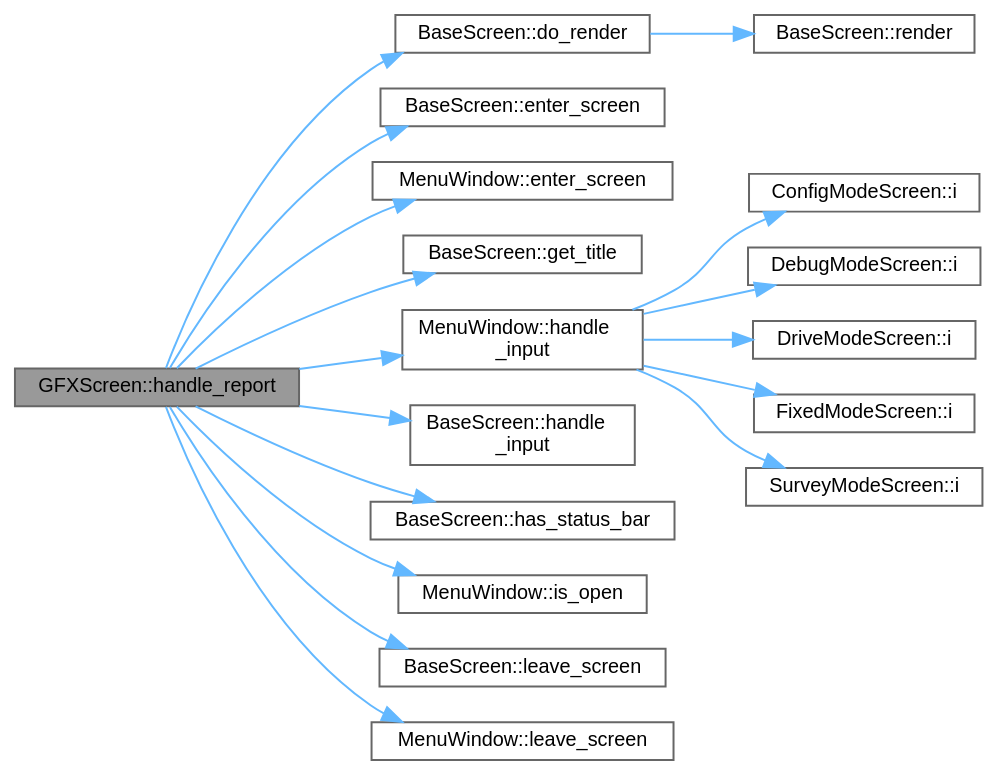
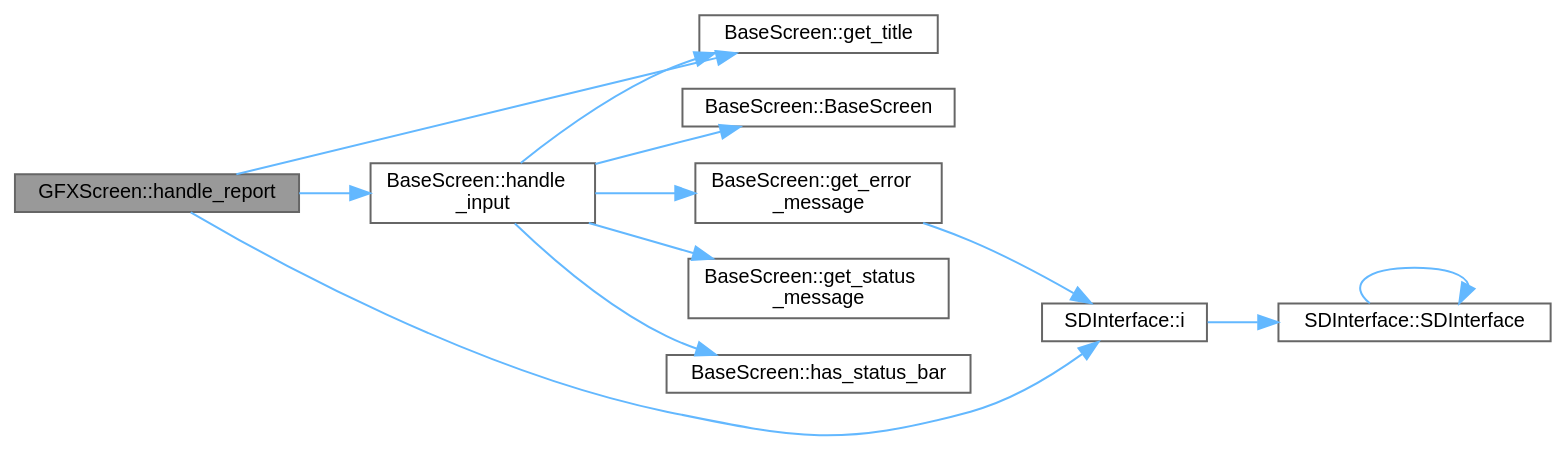
One commit to Safecast/bGeigieZen changed the diagram in designs/graphs/docbook/class_g_f_x_screen_aea8f5b94e15d3fcc53790cf1df9d915a_cgraph.dot. Above: the diagram before and after it, drawn with Graphviz. The commit also changed 5299 other files, not shown here.

```diff
--- a/designs/graphs/docbook/class_g_f_x_screen_aea8f5b94e15d3fcc53790cf1df9d915a_cgraph.dot
+++ b/designs/graphs/docbook/class_g_f_x_screen_aea8f5b94e15d3fcc53790cf1df9d915a_cgraph.dot
@@ -1,41 +1,28 @@
 digraph "GFXScreen::handle_report"
 {
  // LATEX_PDF_SIZE
   bgcolor="transparent";
   edge [fontname=Helvetica,fontsize=10,labelfontname=Helvetica,labelfontsize=10];
   node [fontname=Helvetica,fontsize=10,shape=box,height=0.2,width=0.4];
   rankdir="LR";
   Node1 [id="Node000001",label="GFXScreen::handle_report",height=0.2,width=0.4,color="gray40", fillcolor="grey60", style="filled", fontcolor="black",tooltip=" "];
-  Node1 -> Node2 [id="edge17_Node000001_Node000002",color="steelblue1",style="solid",tooltip=" "];
-  Node2 [id="Node000002",label="BaseScreen::do_render",height=0.2,width=0.4,color="grey40", fillcolor="white", style="filled",URL="$class_base_screen.html#abaa4b23c1f7314cdce0ddea7e7a8ed98",tooltip=" "];
-  Node2 -> Node3 [id="edge18_Node000002_Node000003",color="steelblue1",style="solid",tooltip=" "];
-  Node3 [id="Node000003",label="BaseScreen::render",height=0.2,width=0.4,color="grey40", fillcolor="white", style="filled",URL="$class_base_screen.html#aca89a9c227f03adadb7022eb63ee3685",tooltip=" "];
-  Node1 -> Node4 [id="edge19_Node000001_Node000004",color="steelblue1",style="solid",tooltip=" "];
-  Node4 [id="Node000004",label="BaseScreen::enter_screen",height=0.2,width=0.4,color="grey40", fillcolor="white", style="filled",URL="$class_base_screen.html#a19944bf3ea67c81ccd2269fb16c9e2ea",tooltip=" "];
-  Node1 -> Node5 [id="edge20_Node000001_Node000005",color="steelblue1",style="solid",tooltip=" "];
-  Node5 [id="Node000005",label="MenuWindow::enter_screen",height=0.2,width=0.4,color="grey40", fillcolor="white", style="filled",URL="$class_menu_window.html#a2971f694878323174c931b8a466c5e82",tooltip=" "];
-  Node1 -> Node6 [id="edge21_Node000001_Node000006",color="steelblue1",style="solid",tooltip=" "];
-  Node6 [id="Node000006",label="BaseScreen::get_title",height=0.2,width=0.4,color="grey40", fillcolor="white", style="filled",URL="$class_base_screen.html#a8369a625bf2c71807b5cf2b98527fb42",tooltip=" "];
-  Node1 -> Node7 [id="edge22_Node000001_Node000007",color="steelblue1",style="solid",tooltip=" "];
-  Node7 [id="Node000007",label="MenuWindow::handle\l_input",height=0.2,width=0.4,color="grey40", fillcolor="white", style="filled",URL="$class_menu_window.html#afe3cdb7f44d6d7a534044abc6b4e1b92",tooltip=" "];
-  Node7 -> Node8 [id="edge23_Node000007_Node000008",color="steelblue1",style="solid",tooltip=" "];
-  Node8 [id="Node000008",label="ConfigModeScreen::i",height=0.2,width=0.4,color="grey40", fillcolor="white", style="filled",URL="$class_config_mode_screen.html#a72be77f4f8fed19d61ce83d69735bc8d",tooltip=" "];
-  Node7 -> Node9 [id="edge24_Node000007_Node000009",color="steelblue1",style="solid",tooltip=" "];
-  Node9 [id="Node000009",label="DebugModeScreen::i",height=0.2,width=0.4,color="grey40", fillcolor="white", style="filled",URL="$class_debug_mode_screen.html#a5f7d1f3fe4386c12e7d8dcd708081fa4",tooltip=" "];
-  Node7 -> Node10 [id="edge25_Node000007_Node000010",color="steelblue1",style="solid",tooltip=" "];
-  Node10 [id="Node000010",label="DriveModeScreen::i",height=0.2,width=0.4,color="grey40", fillcolor="white", style="filled",URL="$class_drive_mode_screen.html#ab1d30e84b76d85f1cfb6e5b6910d12b1",tooltip=" "];
-  Node7 -> Node11 [id="edge26_Node000007_Node000011",color="steelblue1",style="solid",tooltip=" "];
-  Node11 [id="Node000011",label="FixedModeScreen::i",height=0.2,width=0.4,color="grey40", fillcolor="white", style="filled",URL="$class_fixed_mode_screen.html#ac55a276104c28aa1bc3891d1b24c1603",tooltip=" "];
-  Node7 -> Node12 [id="edge27_Node000007_Node000012",color="steelblue1",style="solid",tooltip=" "];
-  Node12 [id="Node000012",label="SurveyModeScreen::i",height=0.2,width=0.4,color="grey40", fillcolor="white", style="filled",URL="$class_survey_mode_screen.html#a5044cf9e9ecab68ca18f31b504849b6c",tooltip=" "];
-  Node1 -> Node13 [id="edge28_Node000001_Node000013",color="steelblue1",style="solid",tooltip=" "];
-  Node13 [id="Node000013",label="BaseScreen::handle\l_input",height=0.2,width=0.4,color="grey40", fillcolor="white", style="filled",URL="$class_base_screen.html#adfb9afa5102a23f608d0db4d95bd6d57",tooltip=" "];
-  Node1 -> Node14 [id="edge29_Node000001_Node000014",color="steelblue1",style="solid",tooltip=" "];
-  Node14 [id="Node000014",label="BaseScreen::has_status_bar",height=0.2,width=0.4,color="grey40", fillcolor="white", style="filled",URL="$class_base_screen.html#a2b0ff8ed2e49c96fa6e8d3e158d6db13",tooltip=" "];
-  Node1 -> Node15 [id="edge30_Node000001_Node000015",color="steelblue1",style="solid",tooltip=" "];
-  Node15 [id="Node000015",label="MenuWindow::is_open",height=0.2,width=0.4,color="grey40", fillcolor="white", style="filled",URL="$class_menu_window.html#a94aa1a34a3af160f64c4575f0f7a66be",tooltip=" "];
-  Node1 -> Node16 [id="edge31_Node000001_Node000016",color="steelblue1",style="solid",tooltip=" "];
-  Node16 [id="Node000016",label="BaseScreen::leave_screen",height=0.2,width=0.4,color="grey40", fillcolor="white", style="filled",URL="$class_base_screen.html#a39550ebc8de9c9324c5abde283eb52c1",tooltip=" "];
-  Node1 -> Node17 [id="edge32_Node000001_Node000017",color="steelblue1",style="solid",tooltip=" "];
-  Node17 [id="Node000017",label="MenuWindow::leave_screen",height=0.2,width=0.4,color="grey40", fillcolor="white", style="filled",URL="$class_menu_window.html#a2c5ae75df9da64b970dcbd408efc17ae",tooltip=" "];
+  Node1 -> Node2 [id="edge12_Node000001_Node000002",color="steelblue1",style="solid",tooltip=" "];
+  Node2 [id="Node000002",label="BaseScreen::get_title",height=0.2,width=0.4,color="grey40", fillcolor="white", style="filled",URL="$class_base_screen.html#a8369a625bf2c71807b5cf2b98527fb42",tooltip=" "];
+  Node1 -> Node3 [id="edge13_Node000001_Node000003",color="steelblue1",style="solid",tooltip=" "];
+  Node3 [id="Node000003",label="BaseScreen::handle\l_input",height=0.2,width=0.4,color="grey40", fillcolor="white", style="filled",URL="$class_base_screen.html#adfb9afa5102a23f608d0db4d95bd6d57",tooltip=" "];
+  Node3 -> Node4 [id="edge14_Node000003_Node000004",color="steelblue1",style="solid",tooltip=" "];
+  Node4 [id="Node000004",label="BaseScreen::BaseScreen",height=0.2,width=0.4,color="grey40", fillcolor="white", style="filled",URL="$class_base_screen.html#a2e28e5b4ef3027c3c4392dfb4a6c3ff8",tooltip=" "];
+  Node3 -> Node5 [id="edge15_Node000003_Node000005",color="steelblue1",style="solid",tooltip=" "];
+  Node5 [id="Node000005",label="BaseScreen::get_error\l_message",height=0.2,width=0.4,color="grey40", fillcolor="white", style="filled",URL="$class_base_screen.html#a34ca21425e8a0306c8b28669b35216e6",tooltip=" "];
+  Node5 -> Node6 [id="edge16_Node000005_Node000006",color="steelblue1",style="solid",tooltip=" "];
+  Node6 [id="Node000006",label="SDInterface::i",height=0.2,width=0.4,color="grey40", fillcolor="white", style="filled",URL="$class_s_d_interface.html#a5b6c9815962e1ef35c816e116c84f15f",tooltip=" "];
+  Node6 -> Node7 [id="edge17_Node000006_Node000007",color="steelblue1",style="solid",tooltip=" "];
+  Node7 [id="Node000007",label="SDInterface::SDInterface",height=0.2,width=0.4,color="grey40", fillcolor="white", style="filled",URL="$class_s_d_interface.html#afbcd9b0cdc8f6c6eabf2202aabf78a93",tooltip=" "];
+  Node7 -> Node7 [id="edge18_Node000007_Node000007",color="steelblue1",style="solid",tooltip=" "];
+  Node3 -> Node8 [id="edge19_Node000003_Node000008",color="steelblue1",style="solid",tooltip=" "];
+  Node8 [id="Node000008",label="BaseScreen::get_status\l_message",height=0.2,width=0.4,color="grey40", fillcolor="white", style="filled",URL="$class_base_screen.html#ac34eef3f7a364202d2399ce1b234bf04",tooltip=" "];
+  Node3 -> Node2 [id="edge20_Node000003_Node000002",color="steelblue1",style="solid",tooltip=" "];
+  Node3 -> Node9 [id="edge21_Node000003_Node000009",color="steelblue1",style="solid",tooltip=" "];
+  Node9 [id="Node000009",label="BaseScreen::has_status_bar",height=0.2,width=0.4,color="grey40", fillcolor="white", style="filled",URL="$class_base_screen.html#a2b0ff8ed2e49c96fa6e8d3e158d6db13",tooltip=" "];
+  Node1 -> Node6 [id="edge22_Node000001_Node000006",color="steelblue1",style="solid",tooltip=" "];
 }
```
